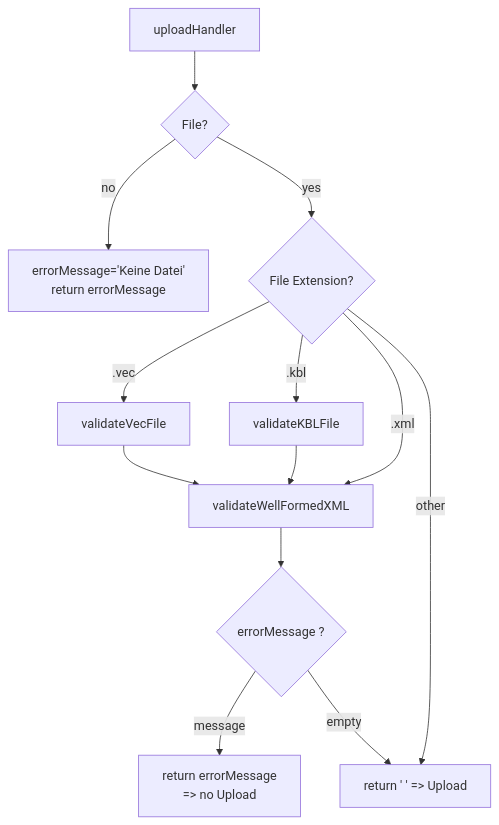
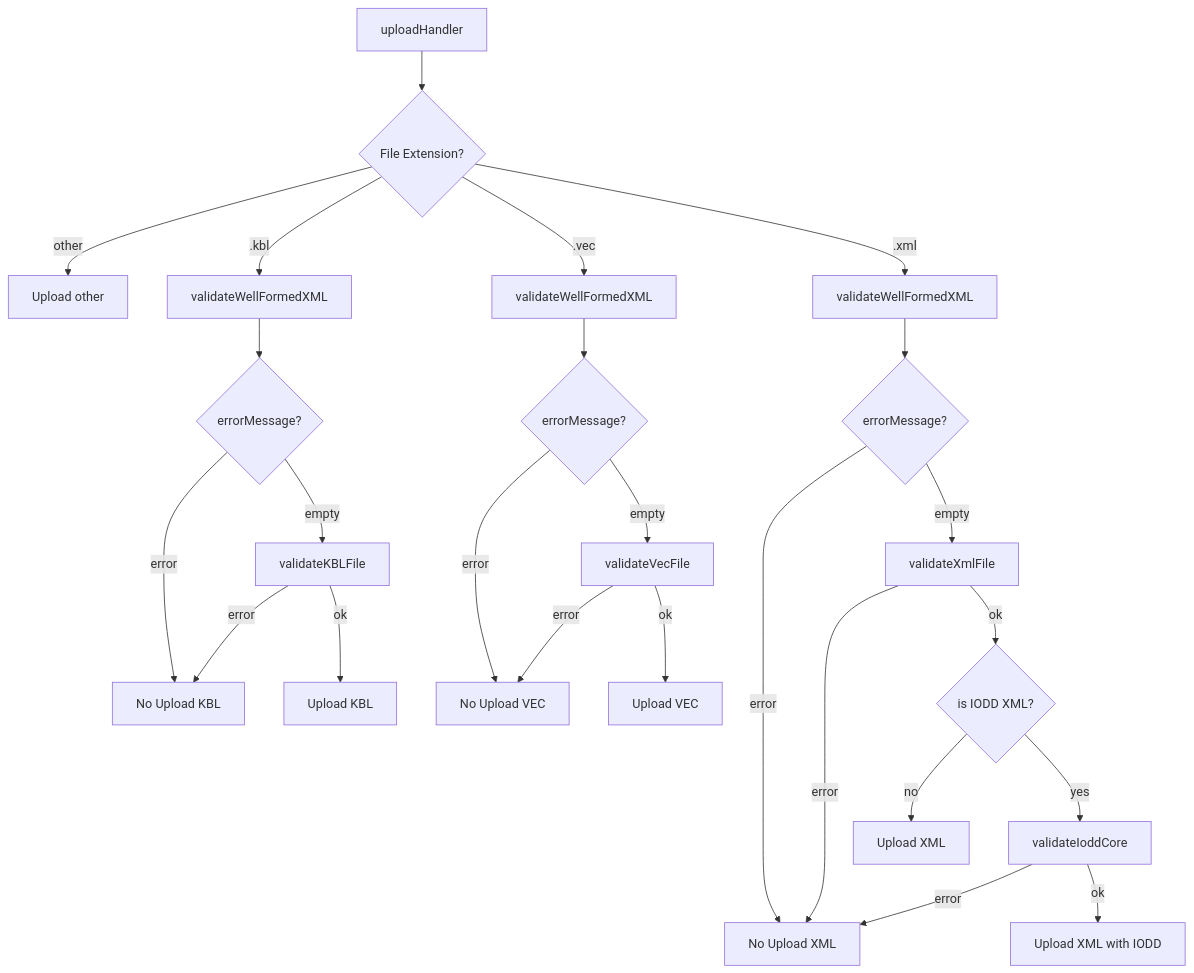
Before and after one commit to DHBW-TINF24F/Team3-Basyx-Editor: the second of 2 diagrams in PROJECT/UC01-Infos.md, drawn with Mermaid. The commit also changed other lines of this file, not shown here.

````diff
--- a/PROJECT/UC01-Infos.md
+++ b/PROJECT/UC01-Infos.md
@@ -27,15 +49,31 @@
 ```mermaid
 flowchart TD
-    A[uploadHandler] --> B{File?}
-    B -->|no| C[errorMessage='Keine Datei'<br/>return errorMessage]
-    B -->|yes| D{File Extension?}
-    D -->|.vec| E[validateVecFile]
-    D -->|.kbl| F[validateKBLFile]
-    D -->|.xml| G[validateWellFormedXML]
-    D -->|other| K
-    E --> G
-    F --> G
-    G --> I{errorMessage ?}
-    I -->|message| J[return errorMessage <br>=> no Upload]
-    I -->|empty| K[return ' ' => Upload]
+    A[uploadHandler] --> D{File Extension?}
+
+    D -->|other| K[Upload other]
+
+    D -->|.kbl| K1[validateWellFormedXML]
+    K1 --> K2{errorMessage?}
+    K2 -->|error| C1[No Upload KBL]
+    K2 -->|empty| K3[validateKBLFile]
+    K3 -->|error| C1
+    K3 -->|ok| U1[Upload KBL]
+
+    D -->|.vec| V1[validateWellFormedXML]
+    V1 --> V2{errorMessage?}
+    V2 -->|error| C2[No Upload VEC]
+    V2 -->|empty| V3[validateVecFile]
+    V3 -->|error| C2
+    V3 -->|ok| U2[Upload VEC]
+
+    D -->|.xml| X1[validateWellFormedXML]
+    X1 --> X2{errorMessage?}
+    X2 -->|error| C3[No Upload XML]
+    X2 -->|empty| X3[validateXmlFile]
+    X3 -->|error| C3
+    X3 -->|ok| L{is IODD XML?}
+    L -->|no| U3[Upload XML]
+    L -->|yes| N[validateIoddCore]
+    N -->|error| C3
+    N -->|ok| U4[Upload XML with IODD]
 ```
````
